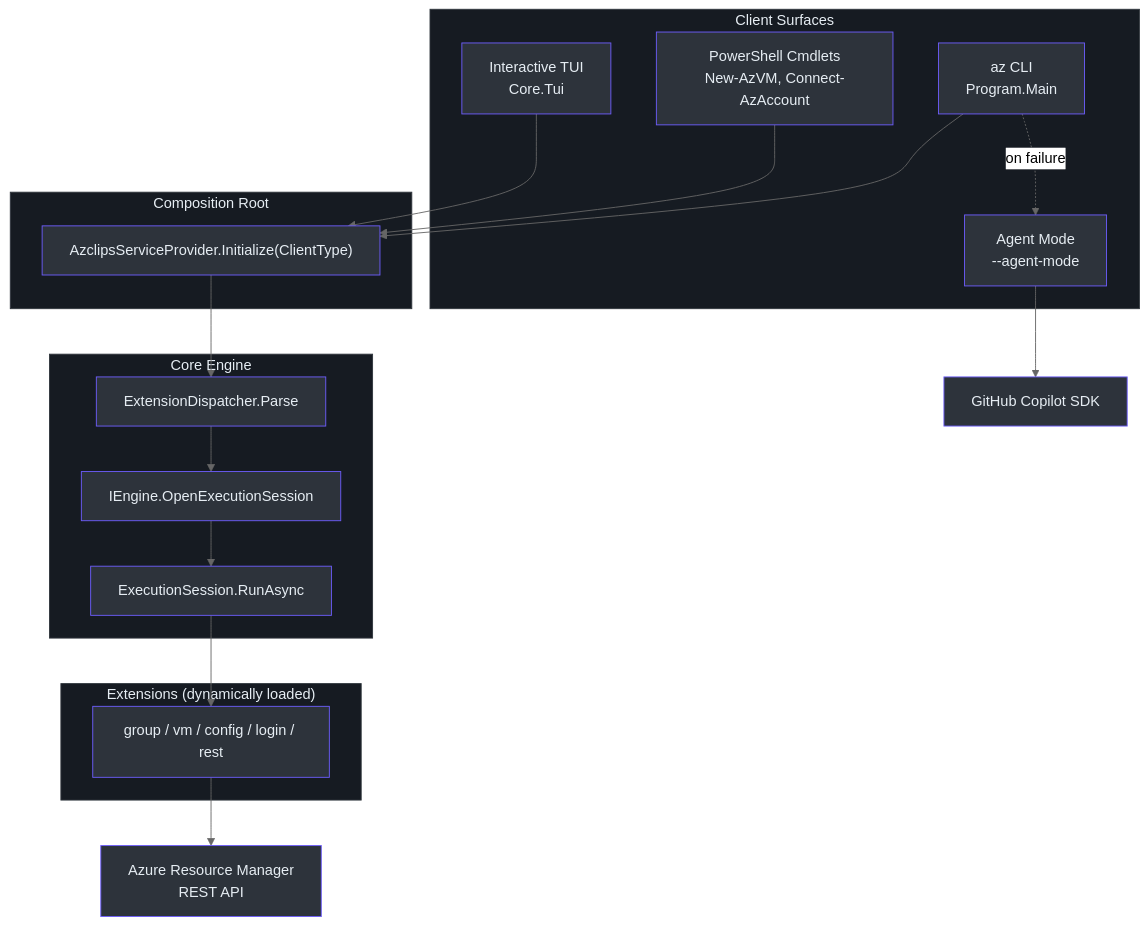
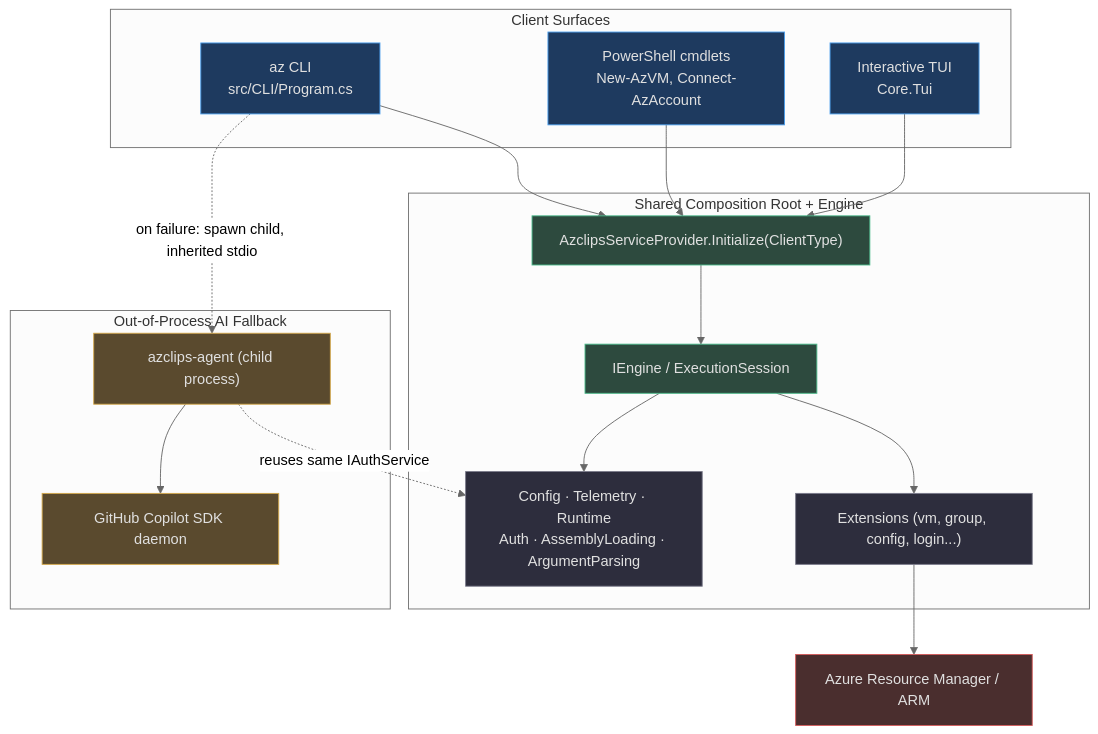
Before and after one commit to Azure/azclips: the first of 2 diagrams in wiki/01-getting-started/overview.md, drawn with Mermaid (neutral theme). The commit also changed other lines of this file and 34 other files, not shown here.

First line of the commit message:
docs(wiki): refresh generated architecture documentation

````diff
--- a/wiki/01-getting-started/overview.md
+++ b/wiki/01-getting-started/overview.md
@@ -30,49 +41,44 @@
 ```mermaid
 graph TB
     subgraph clients["Client Surfaces"]
-        CLI["az CLI<br>Program.Main"]
-        PS["PowerShell Cmdlets<br>New-AzVM, Connect-AzAccount"]
+        CLI["az CLI<br>src/CLI/Program.cs"]
+        PS["PowerShell cmdlets<br>New-AzVM, Connect-AzAccount"]
         TUI["Interactive TUI<br>Core.Tui"]
-        AGENT["Agent Mode<br>--agent-mode"]
     end
 
-    subgraph root["Composition Root"]
+    subgraph root["Shared Composition Root + Engine"]
         DI["AzclipsServiceProvider.Initialize(ClientType)"]
+        ENG["IEngine / ExecutionSession"]
+        SVC["Config · Telemetry · Runtime<br>Auth · AssemblyLoading · ArgumentParsing"]
+        EXT["Extensions (vm, group, config, login...)"]
     end
 
-    subgraph core["Core Engine"]
-        DISP["ExtensionDispatcher.Parse"]
-        ENG["IEngine.OpenExecutionSession"]
-        SESS["ExecutionSession.RunAsync"]
+    subgraph agent["Out-of-Process AI Fallback"]
+        AG["azclips-agent (child process)"]
+        COP["GitHub Copilot SDK daemon"]
     end
 
-    subgraph ext["Extensions (dynamically loaded)"]
-        EXT["group / vm / config / login / rest"]
-    end
-
-    ARM["Azure Resource Manager<br>REST API"]
-    COPILOT["GitHub Copilot SDK"]
+    ARM["Azure Resource Manager / ARM"]
 
     CLI --> DI
     PS --> DI
     TUI --> DI
-    DI --> DISP --> ENG --> SESS --> EXT --> ARM
-    CLI -. "on failure" .-> AGENT
-    AGENT --> COPILOT
+    DI --> ENG
+    ENG --> SVC
+    ENG --> EXT
+    EXT --> ARM
+    CLI -. "on failure: spawn child, inherited stdio" .-> AG
+    AG --> COP
+    AG -. "reuses same IAuthService" .-> SVC
 
-    style CLI fill:#2d333b,stroke:#6d5dfc,color:#e6edf3
-    style PS fill:#2d333b,stroke:#6d5dfc,color:#e6edf3
-    style TUI fill:#2d333b,stroke:#6d5dfc,color:#e6edf3
-    style AGENT fill:#2d333b,stroke:#6d5dfc,color:#e6edf3
-    style DI fill:#2d333b,stroke:#6d5dfc,color:#e6edf3
-    style DISP fill:#2d333b,stroke:#6d5dfc,color:#e6edf3
-    style ENG fill:#2d333b,stroke:#6d5dfc,color:#e6edf3
-    style SESS fill:#2d333b,stroke:#6d5dfc,color:#e6edf3
-    style EXT fill:#2d333b,stroke:#6d5dfc,color:#e6edf3
-    style ARM fill:#2d333b,stroke:#6d5dfc,color:#e6edf3
-    style COPILOT fill:#2d333b,stroke:#6d5dfc,color:#e6edf3
-    style clients fill:#161b22,stroke:#30363d,color:#e6edf3
-    style root fill:#161b22,stroke:#30363d,color:#e6edf3
-    style core fill:#161b22,stroke:#30363d,color:#e6edf3
-    style ext fill:#161b22,stroke:#30363d,color:#e6edf3
+    style CLI fill:#1e3a5f,stroke:#4a9eed,color:#e0e0e0
+    style PS fill:#1e3a5f,stroke:#4a9eed,color:#e0e0e0
+    style TUI fill:#1e3a5f,stroke:#4a9eed,color:#e0e0e0
+    style DI fill:#2d4a3e,stroke:#4aba8a,color:#e0e0e0
+    style ENG fill:#2d4a3e,stroke:#4aba8a,color:#e0e0e0
+    style SVC fill:#2d2d3d,stroke:#7a7a8a,color:#e0e0e0
+    style EXT fill:#2d2d3d,stroke:#7a7a8a,color:#e0e0e0
+    style AG fill:#5a4a2e,stroke:#d4a84b,color:#e0e0e0
+    style COP fill:#5a4a2e,stroke:#d4a84b,color:#e0e0e0
+    style ARM fill:#4a2e2e,stroke:#d45b5b,color:#e0e0e0
 ```
````
